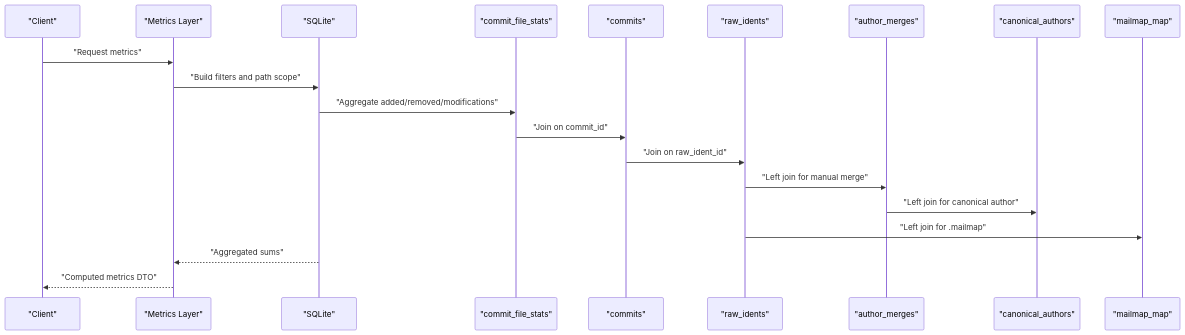
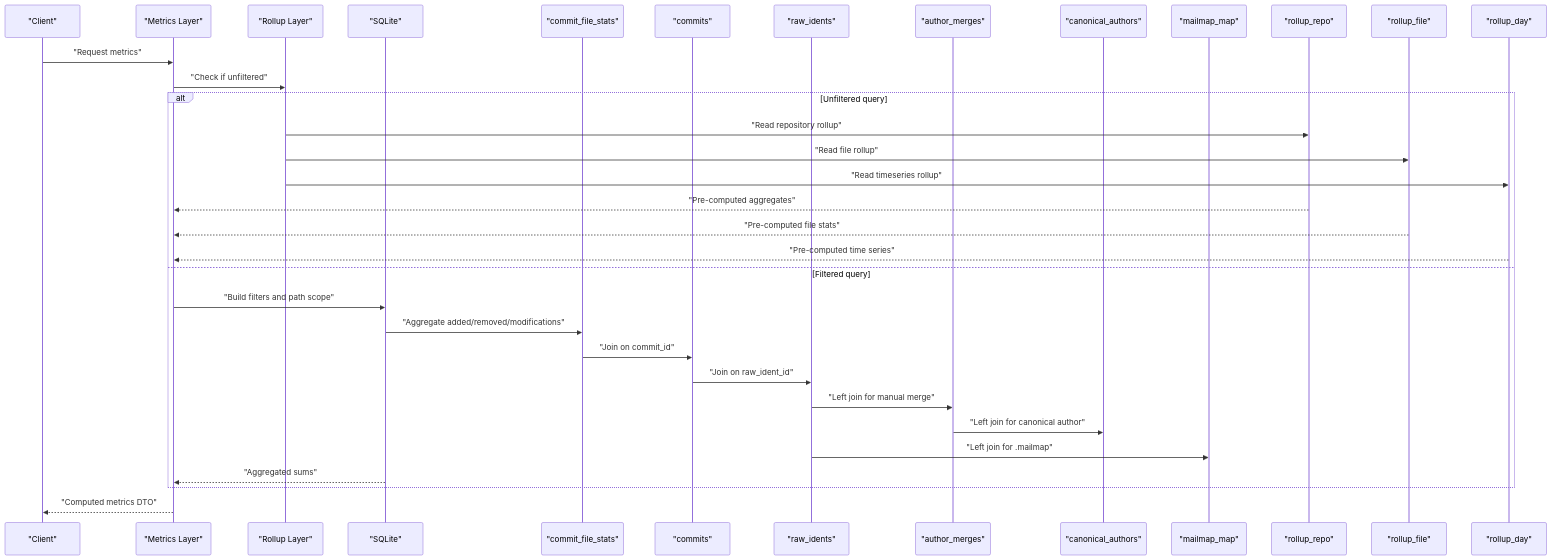
One commit to ZFakir/SDPTestOne2799656 changed the seventh of 11 diagrams in .qoder/repowiki/en/content/Data Models & Database Schema/Database Schema.md. Above: the diagram before and after it, drawn with Mermaid. The commit also changed other lines of this file and 115 other files, not shown here.

````diff
--- a/.qoder/repowiki/en/content/Data Models & Database Schema/Database Schema.md
+++ b/.qoder/repowiki/en/content/Data Models & Database Schema/Database Schema.md
@@ -361,22 +504,36 @@
 ```mermaid
 sequenceDiagram
 participant Client as "Client"
 participant Metrics as "Metrics Layer"
+participant Rollup as "Rollup Layer"
 participant DB as "SQLite"
 participant Facts as "commit_file_stats"
 participant Commits as "commits"
 participant Idents as "raw_idents"
 participant Merges as "author_merges"
 participant Canonical as "canonical_authors"
 participant Mailmap as "mailmap_map"
+participant RepoRollup as "rollup_repo"
+participant FileRollup as "rollup_file"
+participant DayRollup as "rollup_day"
 Client->>Metrics : "Request metrics"
+Metrics->>Rollup : "Check if unfiltered"
+alt Unfiltered query
+Rollup->>RepoRollup : "Read repository rollup"
+Rollup->>FileRollup : "Read file rollup"
+Rollup->>DayRollup : "Read timeseries rollup"
+RepoRollup-->>Metrics : "Pre-computed aggregates"
+FileRollup-->>Metrics : "Pre-computed file stats"
+DayRollup-->>Metrics : "Pre-computed time series"
+else Filtered query
 Metrics->>DB : "Build filters and path scope"
 DB->>Facts : "Aggregate added/removed/modifications"
 Facts->>Commits : "Join on commit_id"
 Commits->>Idents : "Join on raw_ident_id"
 Idents->>Merges : "Left join for manual merge"
 Merges->>Canonical : "Left join for canonical author"
 Idents->>Mailmap : "Left join for .mailmap"
 DB-->>Metrics : "Aggregated sums"
+end
 Metrics-->>Client : "Computed metrics DTO"
 ```
````
